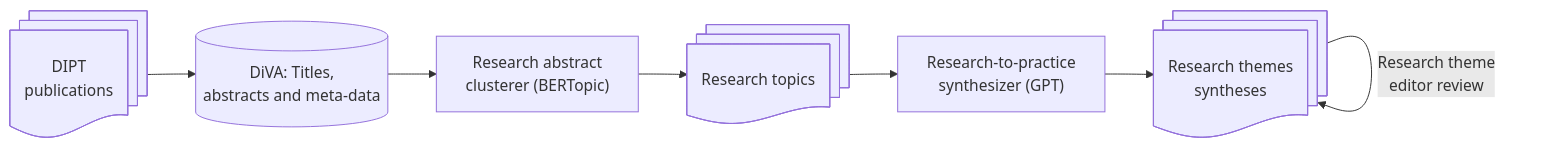
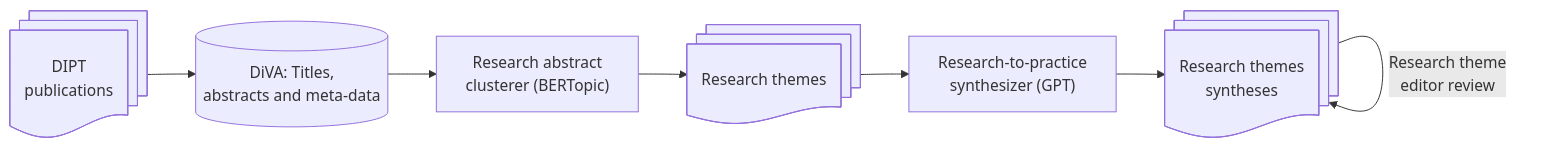
One commit to bth-dipt-research/scipop changed the diagram in README.md. Above: the diagram before and after it, drawn with Mermaid.

````diff
--- a/README.md
+++ b/README.md
@@ -6,12 +6,12 @@
 ```mermaid
 flowchart LR
     Papers@{ shape: docs, label: "DIPT\npublications"}
     DiVA@{ shape: database, label: "DiVA: Titles,\nabstracts and meta-data"}
     RAC@{ shape: rect, label: "Research abstract\nclusterer (BERTopic)"}
-    RT@{ shape: docs, label: "Research topics"}
+    RT@{ shape: docs, label: "Research themes"}
     RTP@{ shape: rect, label: "Research-to-practice\nsynthesizer (GPT)" }
     RTS@{ shape: docs, label: "Research themes\nsyntheses" }
     Papers --> DiVA --> RAC --> RT --> RTP --> RTS
     RTS --Research theme
  editor review--> RTS
 ```
````
